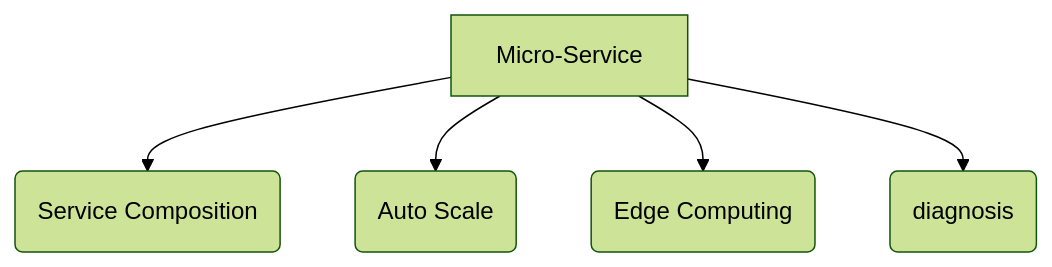
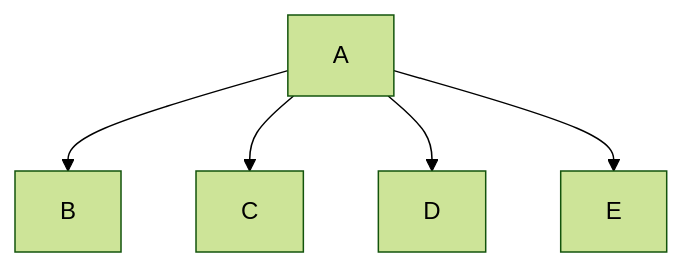
One commit to GuodongFan/GuodongFan.github.io changed the diagram in _posts/2019-08-20-Plan.md. Above: the diagram before and after it, drawn with Mermaid (forest theme).

````diff
--- a/_posts/2019-08-20-Plan.md
+++ b/_posts/2019-08-20-Plan.md
@@ -8,8 +8,8 @@
 ```mermaid
 graph TD; 
 
-A[Micro-Service] --> B(Service Composition);
-A --> C(Auto Scale);
-A --> D(Edge Computing);
-A --> E(diagnosis);
+A --> B;
+A --> C;
+A --> D;
+A --> E;
 ```
````
